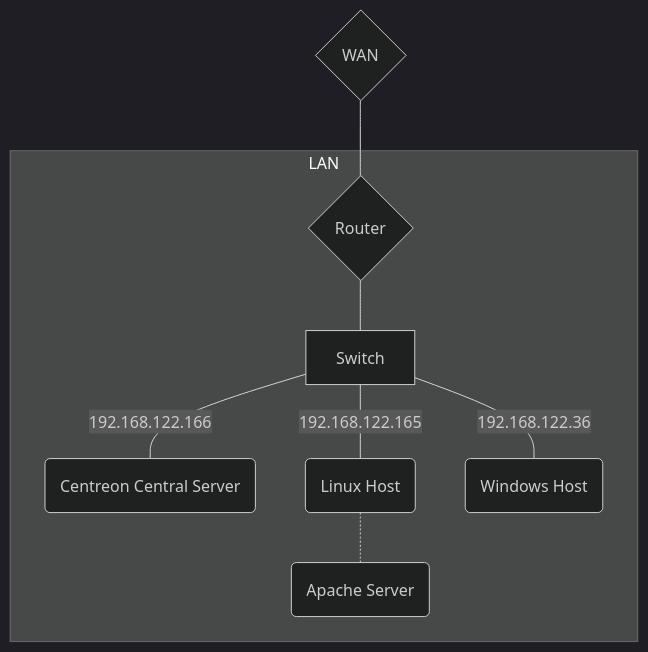
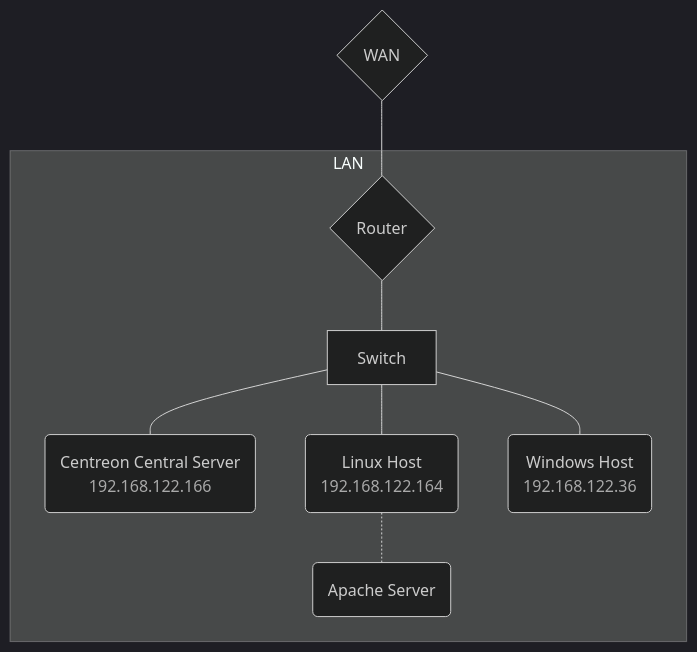
Before and after one commit to xeylou/testade.xeylou.fr: the third of 3 diagrams in content/posts/centreon-it-overview/index.md, drawn with Mermaid. The commit also changed other lines of this file and 43 other files, not shown here.

```diff
--- a/content/posts/centreon-it-overview/index.md
+++ b/content/posts/centreon-it-overview/index.md
@@ -148,21 +148,21 @@
 {{< mermaid >}}
 %%{init: {'theme':'dark'}}%%
 graph TD
 
 subgraph lan[LAN]
 router{Router}
 switch[Switch]
-centreon(Centreon Central Server)
-linux(Linux Host)
-win(Windows Host)
+centreon(Centreon Central Server<br><font color="#a9a9a9">192.168.122.166</font>)
+linux(Linux Host<br><font color="#a9a9a9">192.168.122.164</font>)
+win(Windows Host<br><font color="#a9a9a9">192.168.122.36</font>)
 apache(Apache Server)
 end
 
-wan{WAN} --- router
-router --- switch
-switch ---|192.168.122.166| centreon
-switch ---|192.168.122.165| linux
-switch ---|192.168.122.36| win
-linux -.- apache
+wan{WAN}---router
+router---switch
+switch---centreon
+switch---linux
+switch---win
+linux-.-apache
 
 {{< /mermaid >}}
```
